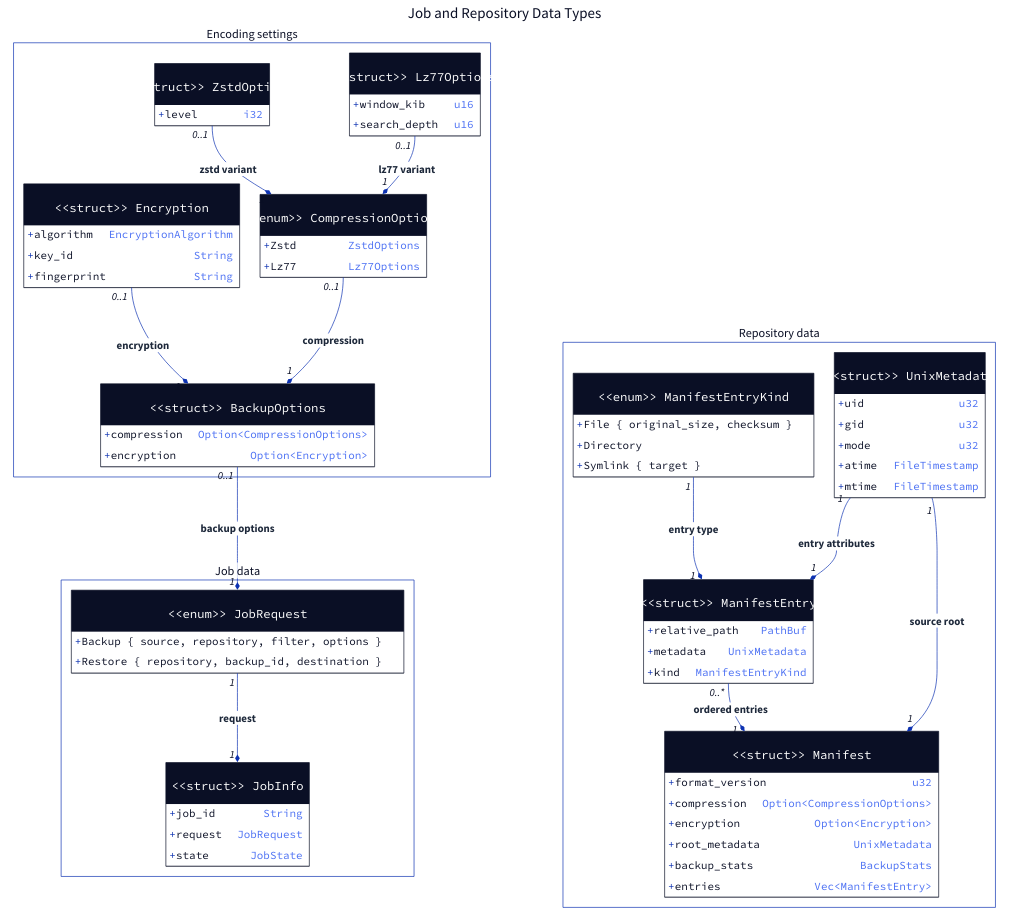
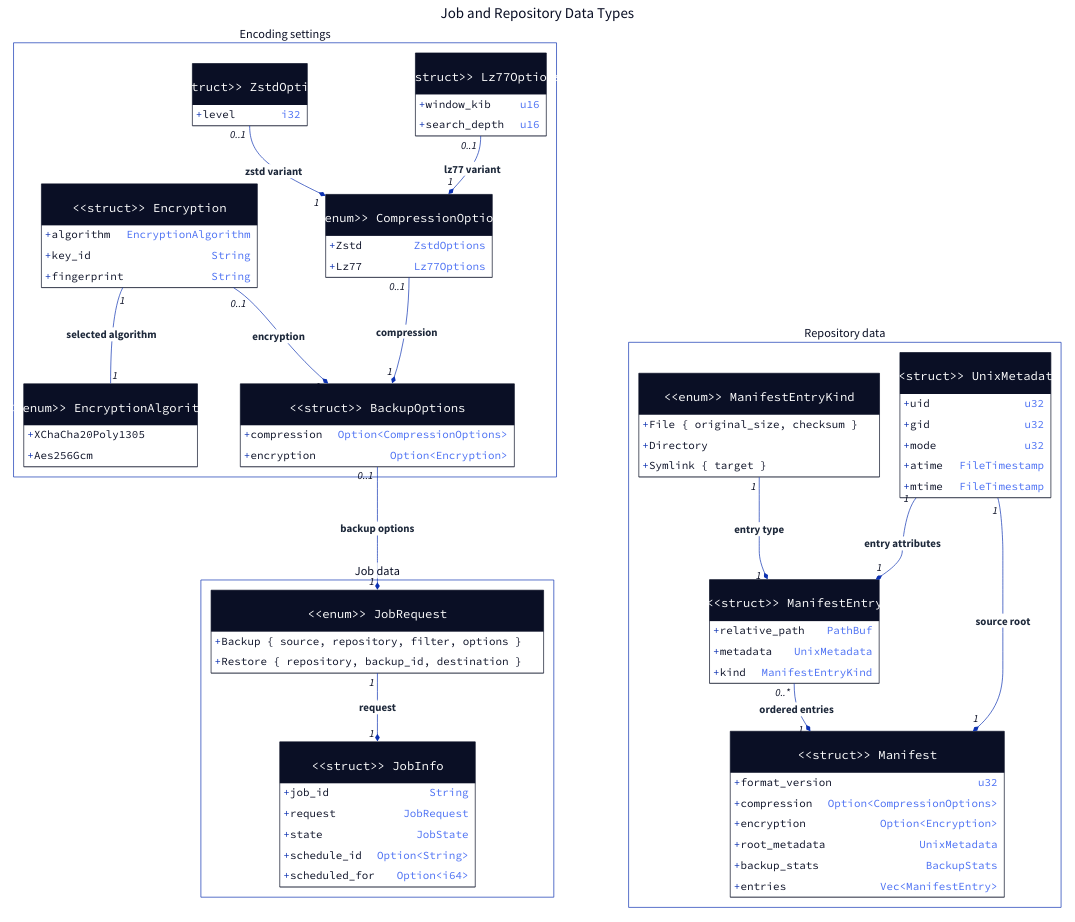
The diagram in docs/report/generated/system-class-domain.d2 (qi7876/software-development-exp), drawn with D2 before and after one commit. The commit also changed 22 other files, not shown here.

```diff
--- a/docs/report/generated/system-class-domain.d2
+++ b/docs/report/generated/system-class-domain.d2
@@ -1,148 +1,159 @@
 # Generated from docs/report/model.yaml; do not edit directly.
 direction: down
 **.style.font-size: 32
 (** -> **)[*].style: {font-size: 32; bold: true; italic: false; font-color: "#1E293B"}
 (** -- **)[*].style: {font-size: 32; bold: true; italic: false; font-color: "#1E293B"}
 (** <- **)[*].style: {font-size: 32; bold: true; italic: false; font-color: "#1E293B"}
 diagram: "Job and Repository Data Types" {
   style.font-size: 44
   style.fill: white
   style.stroke: transparent
   package_0: "Job data" {
     style.font-size: 36
     style.fill: white
     JobInfo: "<<struct>>\nJobInfo" {
       shape: class
       "+ job_id": "String"
       "+ request": "JobRequest"
       "+ state": "JobState"
+      "+ schedule_id": "Option<String>"
+      "+ scheduled_for": "Option<i64>"
     }
     JobRequest: "<<enum>>\nJobRequest" {
       shape: class
       "+ Backup { source, repository, filter, options }"
       "+ Restore { repository, backup_id, destination }"
     }
   }
   package_1: "Encoding settings" {
     style.font-size: 36
     style.fill: white
     Options: "<<struct>>\nBackupOptions" {
       shape: class
       "+ compression": "Option<CompressionOptions>"
       "+ encryption": "Option<Encryption>"
     }
     Zstd: "<<struct>>\nZstdOptions" {
       shape: class
       "+ level": "i32"
     }
     Encryption: "<<struct>>\nEncryption" {
       shape: class
       "+ algorithm": "EncryptionAlgorithm"
       "+ key_id": "String"
       "+ fingerprint": "String"
     }
     Compression: "<<enum>>\nCompressionOptions" {
       shape: class
       "+ Zstd": "ZstdOptions"
       "+ Lz77": "Lz77Options"
     }
     Lz77: "<<struct>>\nLz77Options" {
       shape: class
       "+ window_kib": "u16"
       "+ search_depth": "u16"
+    }
+    Algorithm: "<<enum>>\nEncryptionAlgorithm" {
+      shape: class
+      "+ XChaCha20Poly1305"
+      "+ Aes256Gcm"
     }
   }
   package_2: "Repository data" {
     style.font-size: 36
     style.fill: white
     Manifest: "<<struct>>\nManifest" {
       shape: class
       "+ format_version": "u32"
       "+ compression": "Option<CompressionOptions>"
       "+ encryption": "Option<Encryption>"
       "+ root_metadata": "UnixMetadata"
       "+ backup_stats": "BackupStats"
       "+ entries": "Vec<ManifestEntry>"
     }
     Entry: "<<struct>>\nManifestEntry" {
       shape: class
       "+ relative_path": "PathBuf"
       "+ metadata": "UnixMetadata"
       "+ kind": "ManifestEntryKind"
     }
     Kind: "<<enum>>\nManifestEntryKind" {
       shape: class
       "+ File { original_size, checksum }"
       "+ Directory"
       "+ Symlink { target }"
     }
     Metadata: "<<struct>>\nUnixMetadata" {
       shape: class
       "+ uid": "u32"
       "+ gid": "u32"
       "+ mode": "u32"
       "+ atime": "FileTimestamp"
       "+ mtime": "FileTimestamp"
     }
   }
   package_0.JobInfo <- package_0.JobRequest: "request" {
     source-arrowhead.label: "1"
     target-arrowhead.label: "1"
     source-arrowhead.shape: diamond
     source-arrowhead.style.filled: true
   }
   package_0.JobRequest <- package_1.Options: "backup options" {
     source-arrowhead.label: "1"
     target-arrowhead.label: "0..1"
     source-arrowhead.shape: diamond
     source-arrowhead.style.filled: true
   }
   package_1.Options <- package_1.Compression: "compression" {
     source-arrowhead.label: "1"
     target-arrowhead.label: "0..1"
     source-arrowhead.shape: diamond
     source-arrowhead.style.filled: true
   }
   package_1.Options <- package_1.Encryption: "encryption" {
     source-arrowhead.label: "1"
     target-arrowhead.label: "0..1"
     source-arrowhead.shape: diamond
     source-arrowhead.style.filled: true
   }
   package_2.Manifest <- package_2.Entry: "ordered entries" {
     source-arrowhead.label: "1"
     target-arrowhead.label: "0..*"
     source-arrowhead.shape: diamond
     source-arrowhead.style.filled: true
   }
   package_2.Manifest <- package_2.Metadata: "source root" {
     source-arrowhead.label: "1"
     target-arrowhead.label: "1"
     source-arrowhead.shape: diamond
     source-arrowhead.style.filled: true
   }
   package_2.Entry <- package_2.Metadata: "entry attributes" {
     source-arrowhead.label: "1"
     target-arrowhead.label: "1"
     source-arrowhead.shape: diamond
     source-arrowhead.style.filled: true
   }
   package_2.Entry <- package_2.Kind: "entry type" {
     source-arrowhead.label: "1"
     target-arrowhead.label: "1"
     source-arrowhead.shape: diamond
     source-arrowhead.style.filled: true
   }
   package_1.Compression <- package_1.Zstd: "zstd variant" {
     source-arrowhead.label: "1"
     target-arrowhead.label: "0..1"
     source-arrowhead.shape: diamond
     source-arrowhead.style.filled: true
   }
   package_1.Compression <- package_1.Lz77: "lz77 variant" {
     source-arrowhead.label: "1"
     target-arrowhead.label: "0..1"
     source-arrowhead.shape: diamond
     source-arrowhead.style.filled: true
   }
+  package_1.Encryption -- package_1.Algorithm: "selected algorithm" {
+    source-arrowhead.label: "1"
+    target-arrowhead.label: "1"
+  }
 }
```
